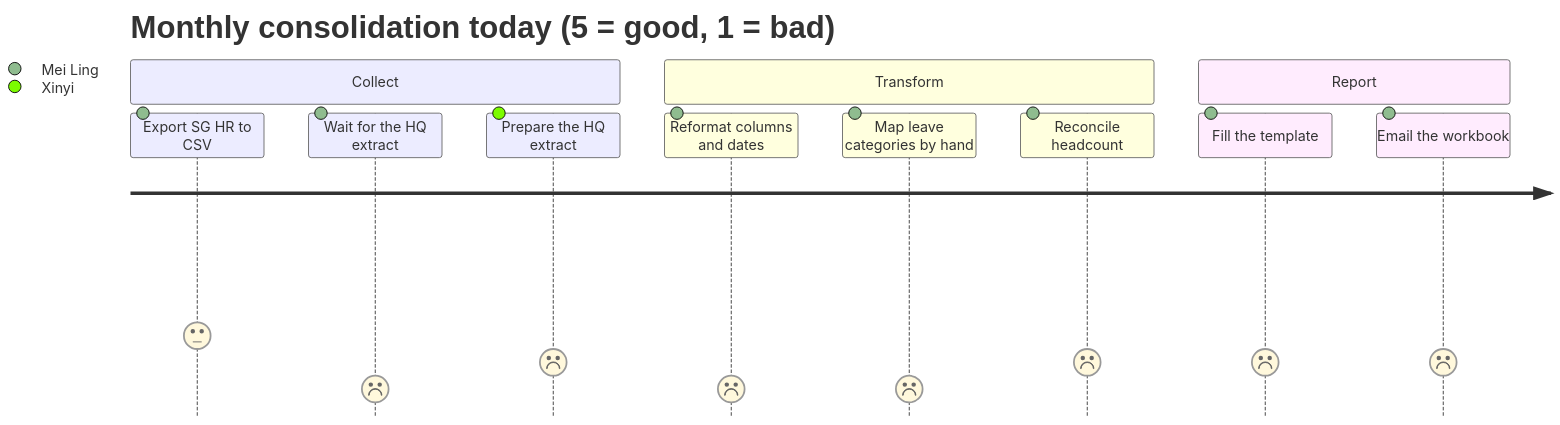
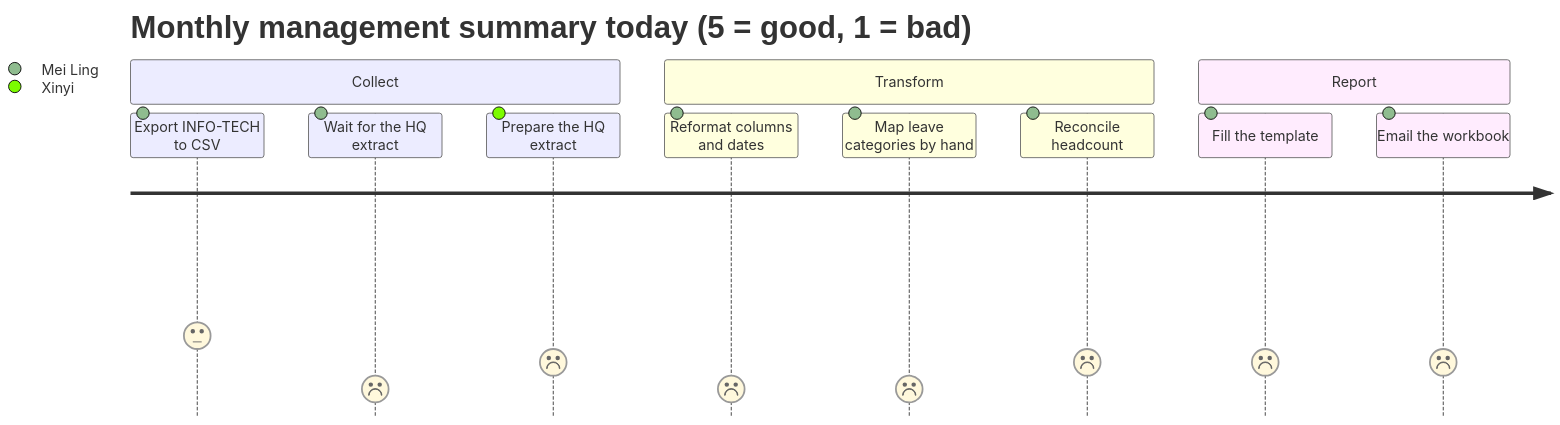
Before and after one commit to xiu2809xiu-rgb/sccci-innovation-project: the second of 2 diagrams in docs/design-thinking/journey-maps.md, drawn with Mermaid. The commit also changed other lines of this file and 5 other files, not shown here.

````diff
--- a/docs/design-thinking/journey-maps.md
+++ b/docs/design-thinking/journey-maps.md
@@ -79,15 +79,15 @@
 ```mermaid
 journey
-  title Monthly consolidation today (5 = good, 1 = bad)
+  title Monthly management summary today (5 = good, 1 = bad)
   section Collect
-    Export SG HR to CSV: 3: Mei Ling
+    Export INFO-TECH to CSV: 3: Mei Ling
     Wait for the HQ extract: 1: Mei Ling
     Prepare the HQ extract: 2: Xinyi
   section Transform
     Reformat columns and dates: 1: Mei Ling
     Map leave categories by hand: 1: Mei Ling
     Reconcile headcount: 2: Mei Ling
   section Report
     Fill the template: 2: Mei Ling
     Email the workbook: 2: Mei Ling
 ```
````
